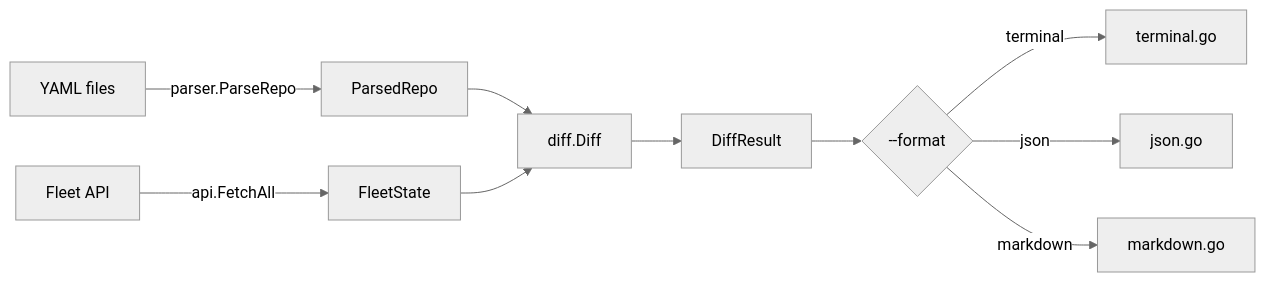
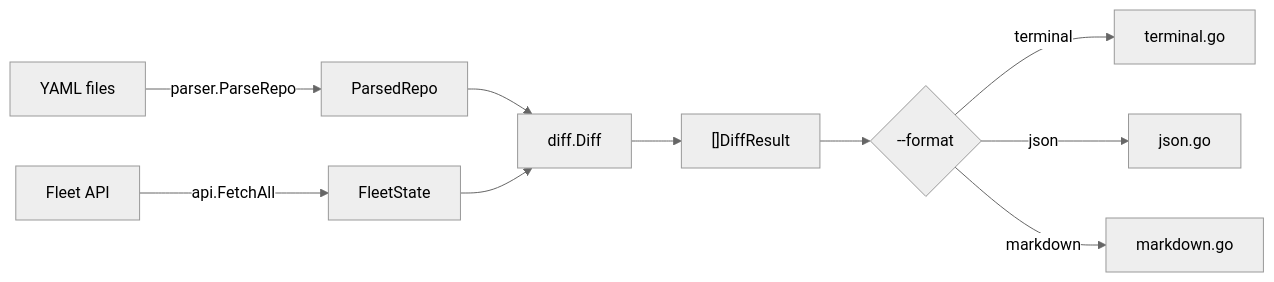
Before and after one commit to TsekNet/fleet-plan: the diagram in docs/architecture.md, drawn with Mermaid (neutral theme). The commit also changed other lines of this file and 12 other files, not shown here.

````diff
--- a/docs/architecture.md
+++ b/docs/architecture.md
@@ -21,12 +30,12 @@
 ```mermaid
 flowchart LR
     A[YAML files] -->|parser.ParseRepo| B[ParsedRepo]
     C[Fleet API] -->|api.FetchAll| D[FleetState]
     B --> E[diff.Diff]
     D --> E
-    E --> F[DiffResult]
+    E --> F["[]DiffResult"]
     F --> G{--format}
     G -->|terminal| H[terminal.go]
     G -->|json| I[json.go]
     G -->|markdown| J[markdown.go]
 ```
````
